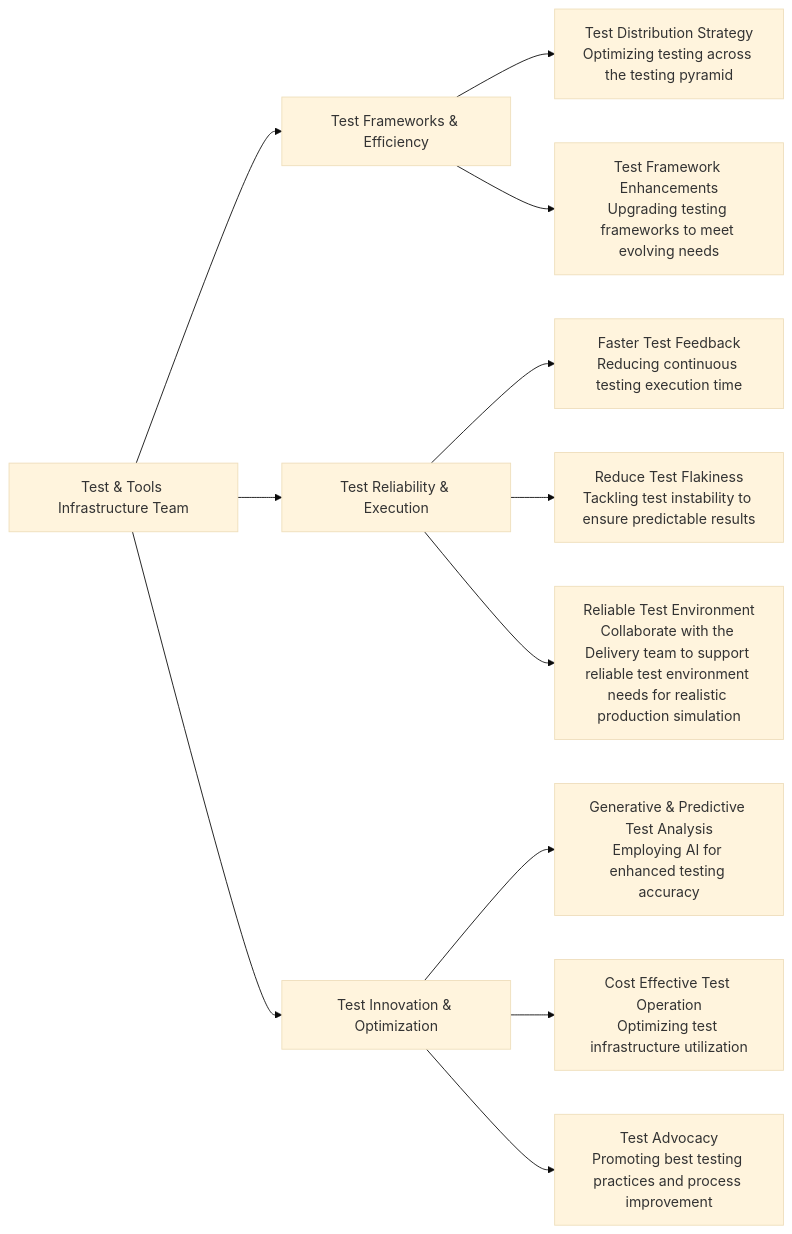
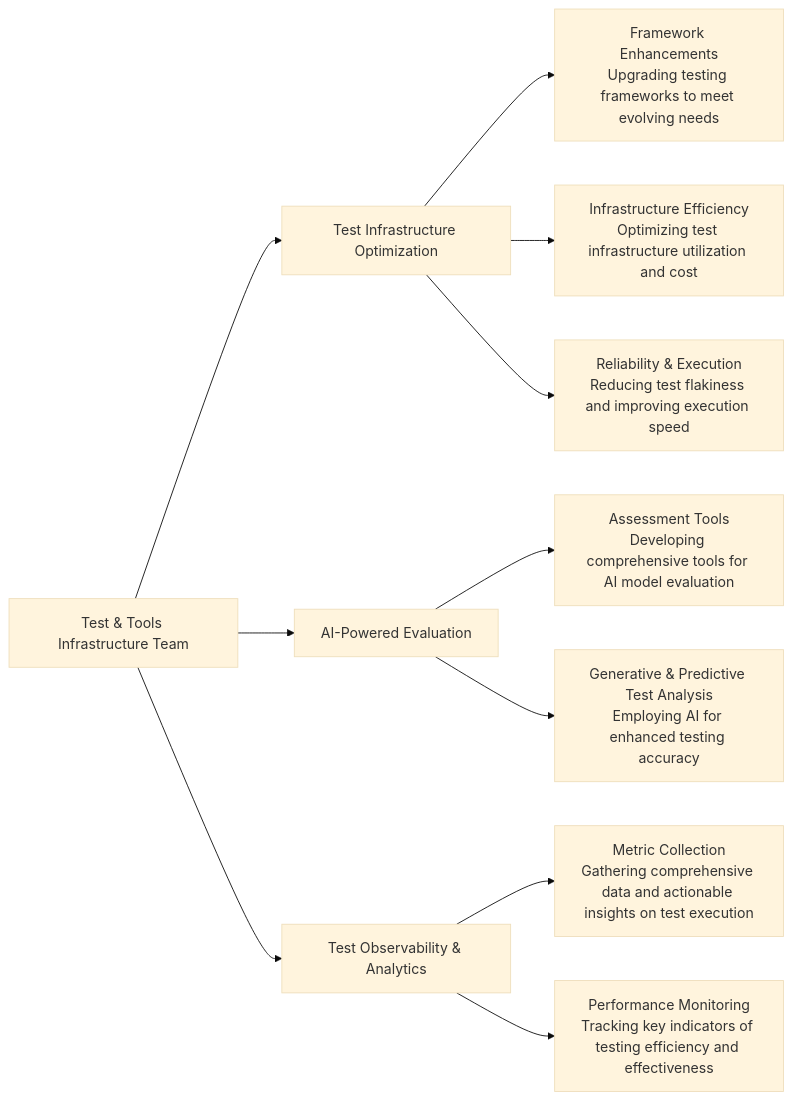
One commit to secretstartups/handbook changed the diagram in content/handbook/engineering/infrastructure/test-platform/test-and-tools-infrastructure-team/index.md. Above: the diagram before and after it, drawn with Mermaid (base theme). The commit also changed other lines of this file, not shown here.

Commit message:
chore: Updated TTI core responsibilities

````diff
--- a/content/handbook/engineering/infrastructure/test-platform/test-and-tools-infrastructure-team/index.md
+++ b/content/handbook/engineering/infrastructure/test-platform/test-and-tools-infrastructure-team/index.md
@@ -42,18 +42,17 @@
 ```mermaid
 graph LR
     A[Test & Tools Infrastructure Team]
-
-    A --> B[Test Frameworks & Efficiency]
-    B --> B1[Test Distribution Strategy<br>Optimizing testing across the testing pyramid]
-    B --> B2[Test Framework Enhancements<br>Upgrading testing frameworks to meet evolving needs]
-
-    A --> C[Test Reliability & Execution]
-    C --> C1[Faster Test Feedback<br>Reducing continuous testing execution time]
-    C --> C2[Reduce Test Flakiness<br>Tackling test instability to ensure predictable results]
-    C --> C3[Reliable Test Environment<br>Collaborate with the Delivery team to support reliable test environment needs for realistic production simulation]
-
-    A --> D[Test Innovation & Optimization]
-    D --> D1[Generative & Predictive Test Analysis<br>Employing AI for enhanced testing accuracy]
-    D --> D2[Cost Effective Test Operation<br>Optimizing test infrastructure utilization]
-    D --> D3[Test Advocacy<br>Promoting best testing practices and process improvement]
+    
+    A --> B[Test Infrastructure Optimization]
+    B --> B1[Framework Enhancements<br>Upgrading testing frameworks to meet evolving needs]
+    B --> B2[Infrastructure Efficiency<br>Optimizing test infrastructure utilization and cost]
+    B --> B3[Reliability & Execution<br>Reducing test flakiness and improving execution speed]
+       
+    A --> C[AI-Powered Evaluation]
+    C --> C1[Assessment Tools<br>Developing comprehensive tools for AI model evaluation]
+    C --> C4[Generative & Predictive Test Analysis<br>Employing AI for enhanced testing accuracy]
+    
+    A --> D[Test Observability & Analytics]
+    D --> D1[Metric Collection<br>Gathering comprehensive data and actionable insights on test execution]
+    D --> D2[Performance Monitoring<br>Tracking key indicators of testing efficiency and effectiveness]
 ```
````
